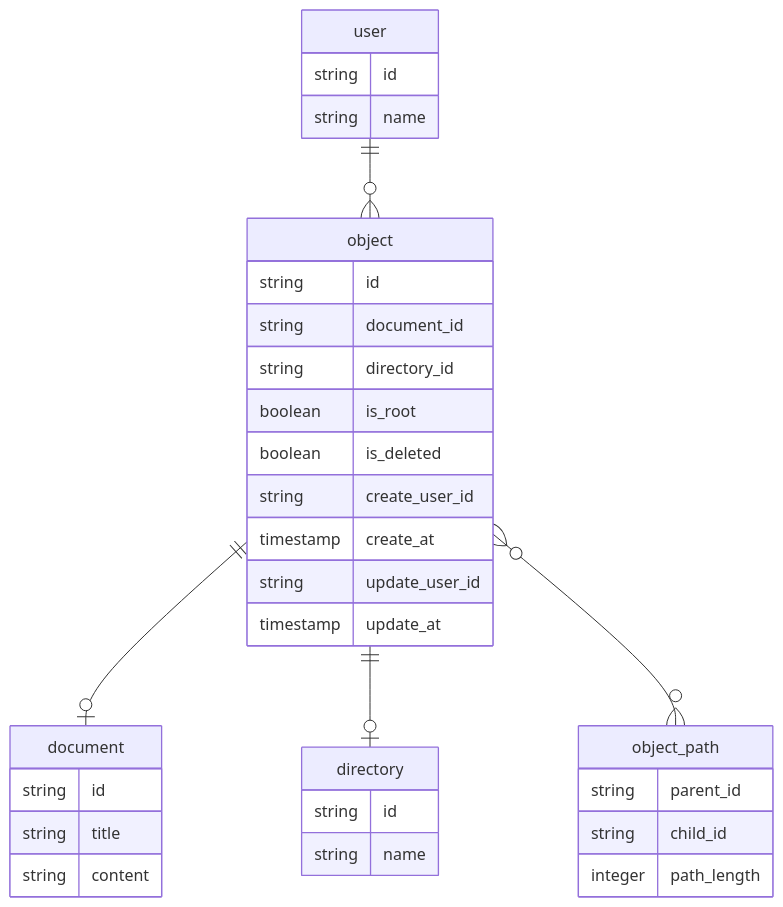
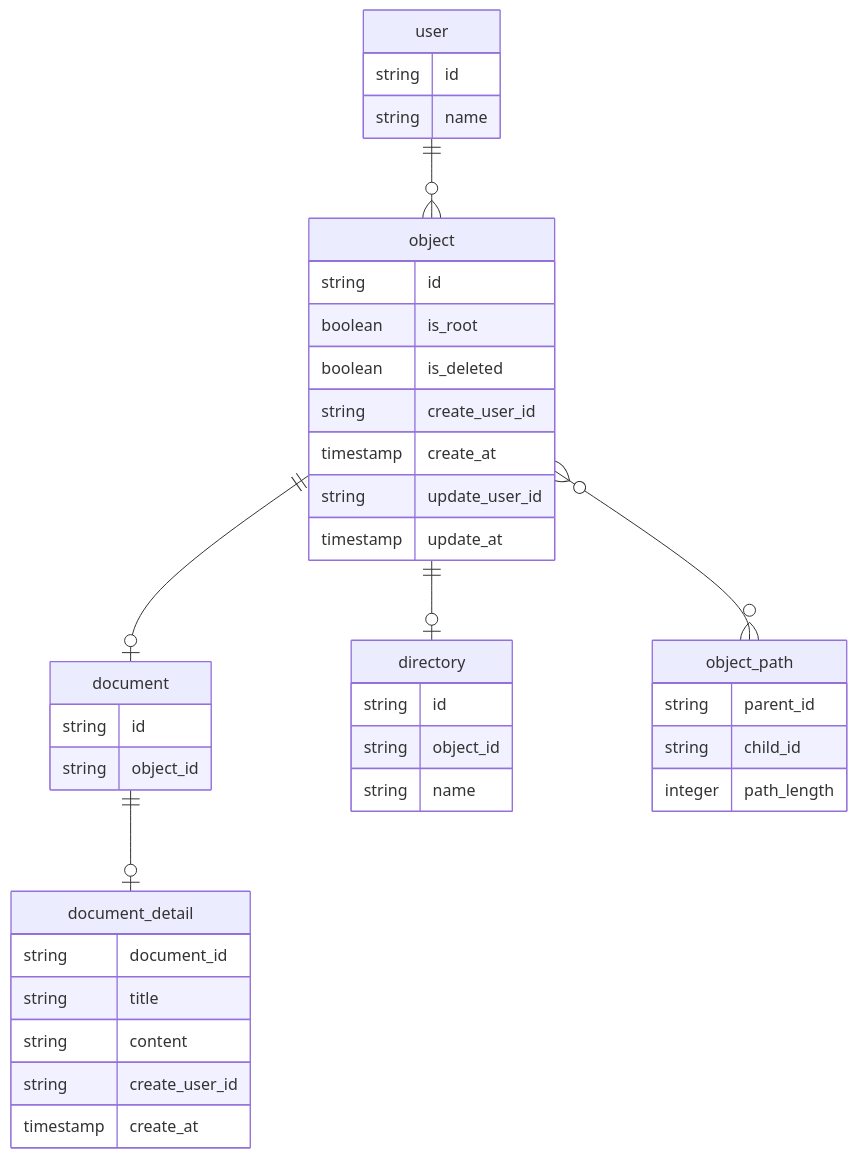
Before and after one commit to nyuusen/praha-challenge: the second of 2 diagrams in db-modeling-3/README.md, drawn with Mermaid.

Commit message:
documentの詳細テーブルを作成

````diff
--- a/db-modeling-3/README.md
+++ b/db-modeling-3/README.md
@@ -73,42 +73,49 @@
 ```mermaid
 erDiagram
 user ||--o{ object: ""
 object ||--o| document: ""
+document ||--o| document_detail: ""
 object ||--o| directory: ""
 object }o--o{ object_path: ""
 
 user {
   string id
   string name
 }
 
 object {
   string id
-  string document_id
-  string directory_id
   boolean is_root
   boolean is_deleted
   string create_user_id
   timestamp create_at
   string update_user_id
   timestamp update_at
 }
 
 document {
   string id
+  string object_id
+}
+
+document_detail {
+  string document_id
   string title
   string content
+  string create_user_id
+  timestamp create_at
 }
 
 directory {
   string id
+  string object_id
   string name
 }
 
 object_path {
   string parent_id
   string child_id
   integer path_length
 }
 
 ```
````
